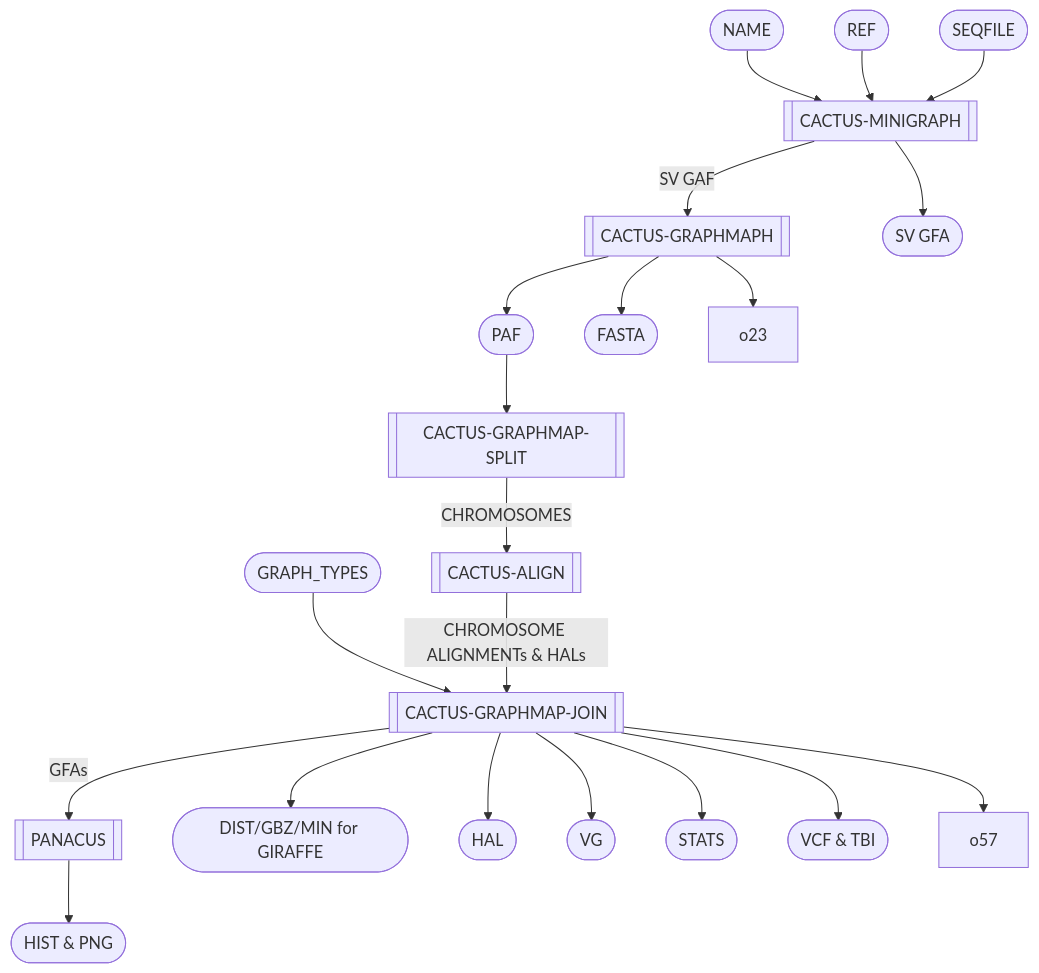
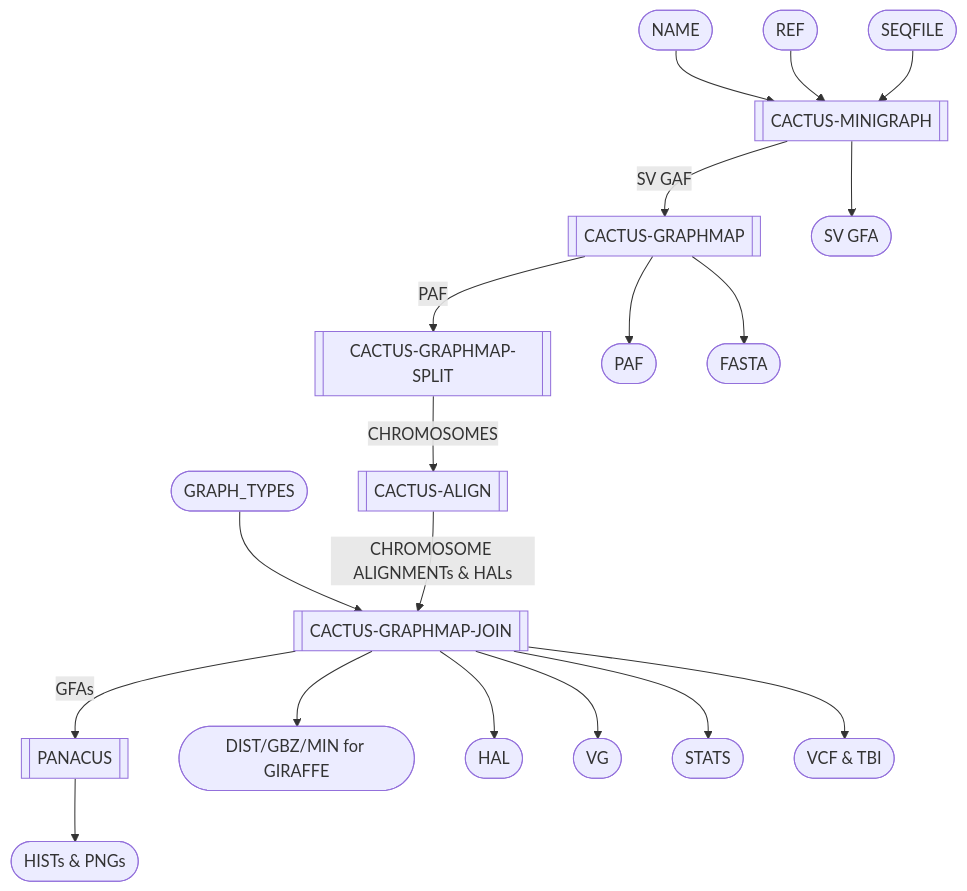
The diagram in wdl/pipelines/pangenome/mcgb.doc.md (twlab/cig-pipelines), drawn with Mermaid before and after one commit.

````diff
--- a/wdl/pipelines/pangenome/mcgb.doc.md
+++ b/wdl/pipelines/pangenome/mcgb.doc.md
@@ -6,33 +6,33 @@
 ```mermaid
   flowchart TB;
       i1([NAME]);
       i2([REF]);
       i3([SEQFILE]);
       i4([GRAPH_TYPES]);
 
       s1[[CACTUS-MINIGRAPH]];
-      s2[[CACTUS-GRAPHMAPH]];
+      s2[[CACTUS-GRAPHMAP]];
       s3[[CACTUS-GRAPHMAP-SPLIT]];
       s4[[CACTUS-ALIGN]];
       s5[[CACTUS-GRAPHMAP-JOIN]];
       s6[[PANACUS]];
 
       o11([SV GFA]);
       o21([PAF]);
       o22([FASTA]);
       o51([DIST/GBZ/MIN for GIRAFFE]);
       o52([HAL]);
       o53([VG]);
       o55([STATS]);
       o56([VCF & TBI]);
-      o61([HIST & PNG]);
+      o61([HISTs & PNGs]);
 
       i1-->s1; i2-->s1; i3-->s1; s1-->o11;
-      s1--SV GAF-->s2; s2-->o21; s2-->o22; s2-->o23;
-      o21-->s3;
+      s1--SV GAF-->s2; s2-->o21; s2-->o22;
+      s2--PAF-->s3;
       s3--CHROMOSOMES-->s4;
       i4-->s5; s4--CHROMOSOME ALIGNMENTs & HALs-->s5;
-      s5-->o51; s5-->o52; s5-->o53; s5-->o55; s5-->o56; s5-->o57;
+      s5-->o51; s5-->o52; s5-->o53; s5-->o55; s5-->o56;
       s5--GFAs-->s6;
       s6-->o61;
 ```
````
